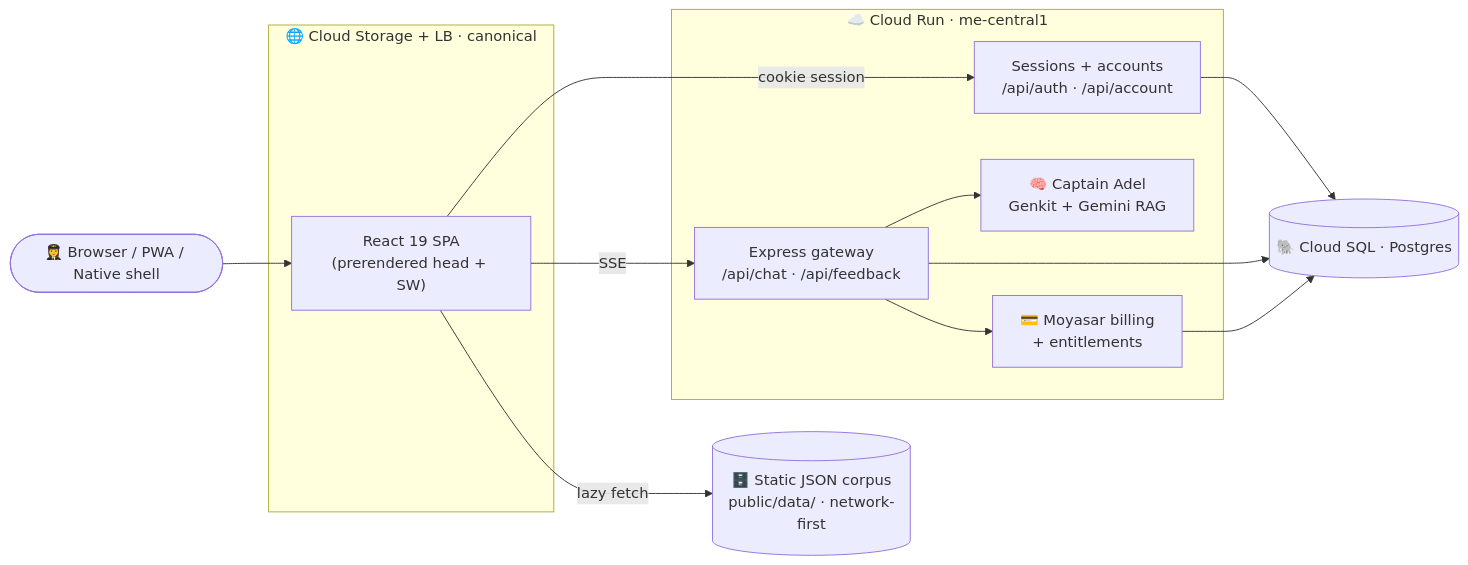
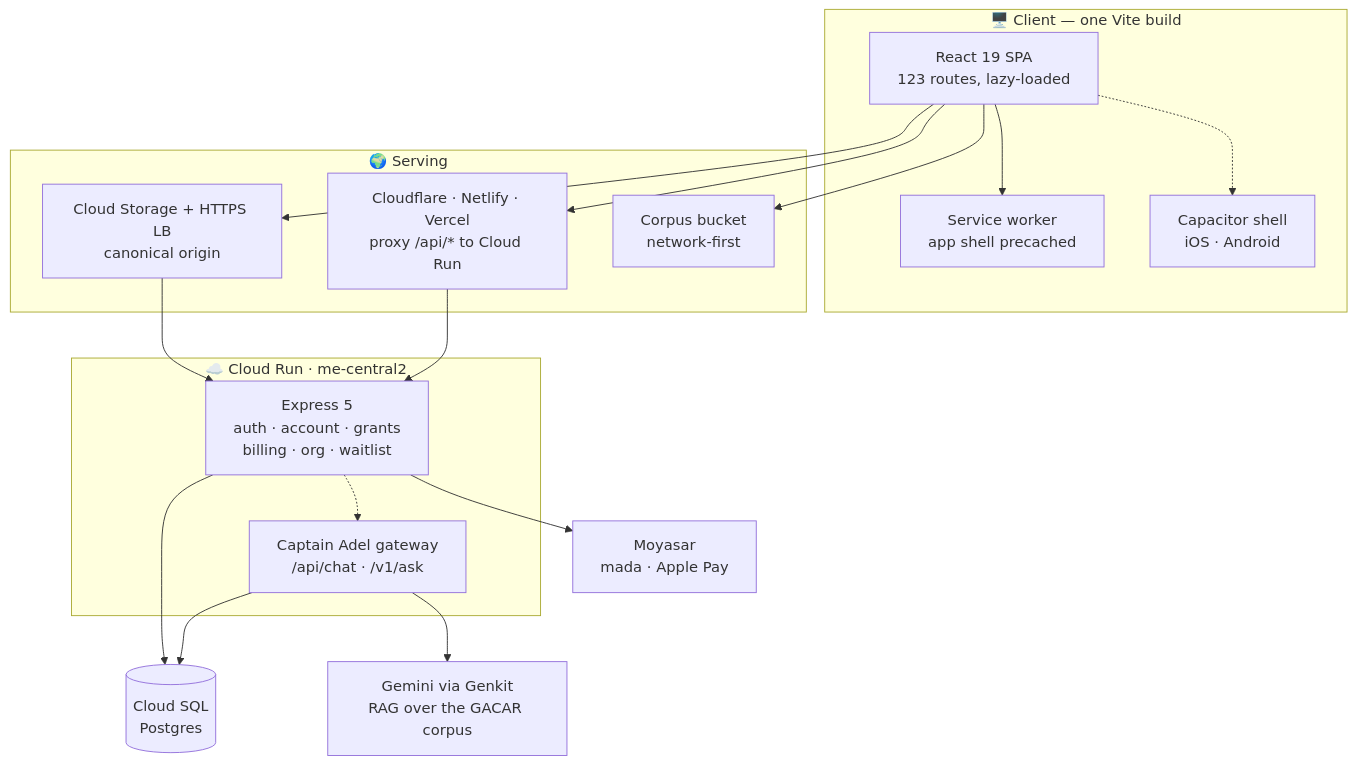
Before and after one commit to ay2m/FlyGACA: the diagram in README.md, drawn with Mermaid. The commit also changed other lines of this file and 38 other files, not shown here.

````diff
--- a/README.md
+++ b/README.md
@@ -260,28 +91,36 @@
 ```mermaid
-flowchart LR
-    U([👩‍✈️ Browser / PWA / Native shell])
-
-    subgraph EDGE["🌐 Cloud Storage + LB · canonical"]
-      SPA["React 19 SPA<br/>(prerendered head + SW)"]
+flowchart TB
+    subgraph client["🖥️ Client — one Vite build"]
+        SPA["React 19 SPA<br/>123 routes, lazy-loaded"]
+        PWA["Service worker<br/>app shell precached"]
+        CAP["Capacitor shell<br/>iOS · Android"]
     end
 
-    subgraph API["☁️ Cloud Run · me-central1"]
-      AUTH["Sessions + accounts<br/>/api/auth · /api/account"]
-      GW["Express gateway<br/>/api/chat · /api/feedback"]
-      RAG["🧠 Captain Adel<br/>Genkit + Gemini RAG"]
-      BILL["💳 Moyasar billing<br/>+ entitlements"]
+    subgraph edge["🌍 Serving"]
+        GCS["Cloud Storage + HTTPS LB<br/>canonical origin"]
+        MIRROR["Cloudflare · Netlify · Vercel<br/>proxy /api/* to Cloud Run"]
+        DATA["Corpus bucket<br/>network-first"]
     end
 
-    DATA[("🗄️ Static JSON corpus<br/>public/data/ · network-first")]
-    DB[("🐘 Cloud SQL · Postgres")]
+    subgraph api["☁️ Cloud Run · me-central2"]
+        EXP["Express 5<br/>auth · account · grants<br/>billing · org · waitlist"]
+        ADEL["Captain Adel gateway<br/>/api/chat · /v1/ask"]
+    end
 
-    U --> SPA
-    SPA -->|"lazy fetch"| DATA
-    SPA -->|"cookie session"| AUTH
-    SPA -->|"SSE"| GW
-    GW --> RAG
-    GW --> BILL
-    AUTH --> DB
-    GW --> DB
-    BILL --> DB
+    SQL[("Cloud SQL<br/>Postgres")]
+    GEM["Gemini via Genkit<br/>RAG over the GACAR corpus"]
+    PAY["Moyasar<br/>mada · Apple Pay"]
+
+    SPA --> PWA
+    SPA -.-> CAP
+    SPA --> GCS
+    SPA --> MIRROR
+    SPA --> DATA
+    GCS --> EXP
+    MIRROR --> EXP
+    EXP --> SQL
+    EXP --> PAY
+    ADEL --> SQL
+    ADEL --> GEM
+    EXP -.-> ADEL
 ```
````
